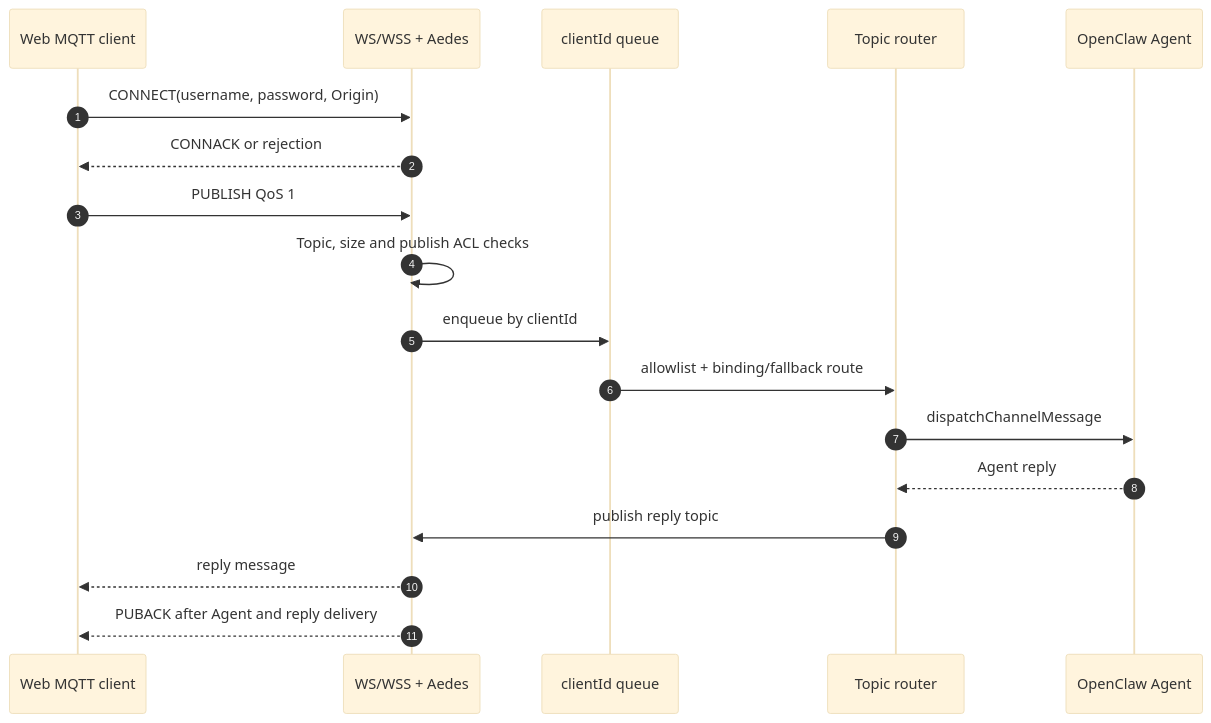
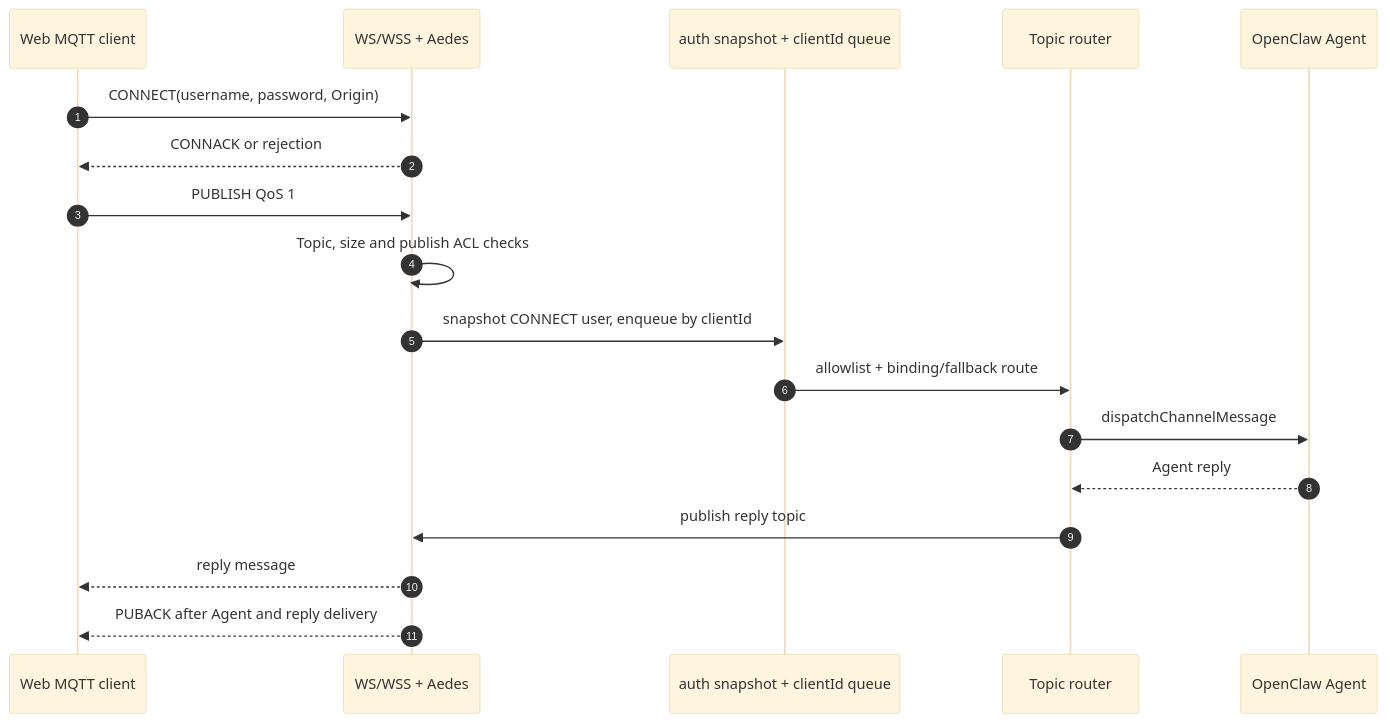
The second of 3 diagrams in extensions/web-mqtt/README.md (partme-ai/openclaw-plugins), drawn with Mermaid (base theme) before and after one commit. The commit also changed other lines of this file and 23 other files, not shown here.

````diff
--- a/extensions/web-mqtt/README.md
+++ b/extensions/web-mqtt/README.md
@@ -94,20 +95,20 @@
 ```mermaid
 sequenceDiagram
     autonumber
     participant C as Web MQTT client
     participant B as WS/WSS + Aedes
-    participant Q as clientId queue
+    participant Q as auth snapshot + clientId queue
     participant R as Topic router
     participant O as OpenClaw Agent
     C->>B: CONNECT(username, password, Origin)
     B-->>C: CONNACK or rejection
     C->>B: PUBLISH QoS 1
     B->>B: Topic, size and publish ACL checks
-    B->>Q: enqueue by clientId
+    B->>Q: snapshot CONNECT user, enqueue by clientId
     Q->>R: allowlist + binding/fallback route
     R->>O: dispatchChannelMessage
     O-->>R: Agent reply
     R->>B: publish reply topic
     B-->>C: reply message
     B-->>C: PUBACK after Agent and reply delivery
 ```
````
